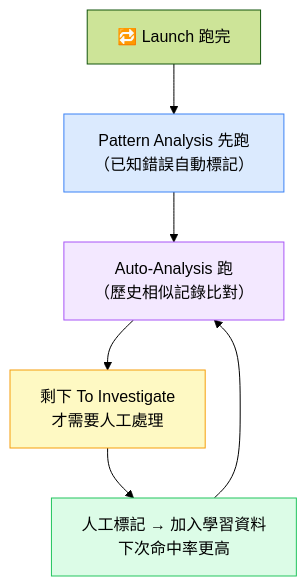
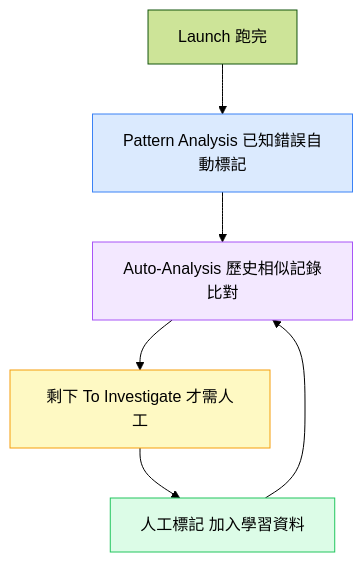
The second of 2 diagrams in docs/drafts/reportportal-auto-analysis.md (jimmyhong065/jimmy-hong-portfolio), drawn with Mermaid (forest theme) before and after one commit. The commit also changed other lines of this file and 28 other files, not shown here.

````diff
--- a/docs/drafts/reportportal-auto-analysis.md
+++ b/docs/drafts/reportportal-auto-analysis.md
@@ -202,14 +201,13 @@
 ```mermaid
 flowchart TD
-    A["🔁 Launch 跑完"] --> B
-    B["Pattern Analysis 先跑\n（已知錯誤自動標記）"] --> C
-    C["Auto-Analysis 跑\n（歷史相似記錄比對）"] --> D
-    D["剩下 To Investigate\n才需要人工處理"] --> E
-    E["人工標記 → 加入學習資料\n下次命中率更高"]
+    A[Launch 跑完] --> B
+    B[Pattern Analysis 已知錯誤自動標記] --> C
+    C[Auto-Analysis 歷史相似記錄比對] --> D
+    D[剩下 To Investigate 才需人工] --> E
+    E[人工標記 加入學習資料]
     E --> C
-
     style B fill:#dbeafe,stroke:#3b82f6
     style C fill:#f3e8ff,stroke:#a855f7
     style D fill:#fef9c3,stroke:#f59e0b
     style E fill:#dcfce7,stroke:#22c55e
 ```
````
